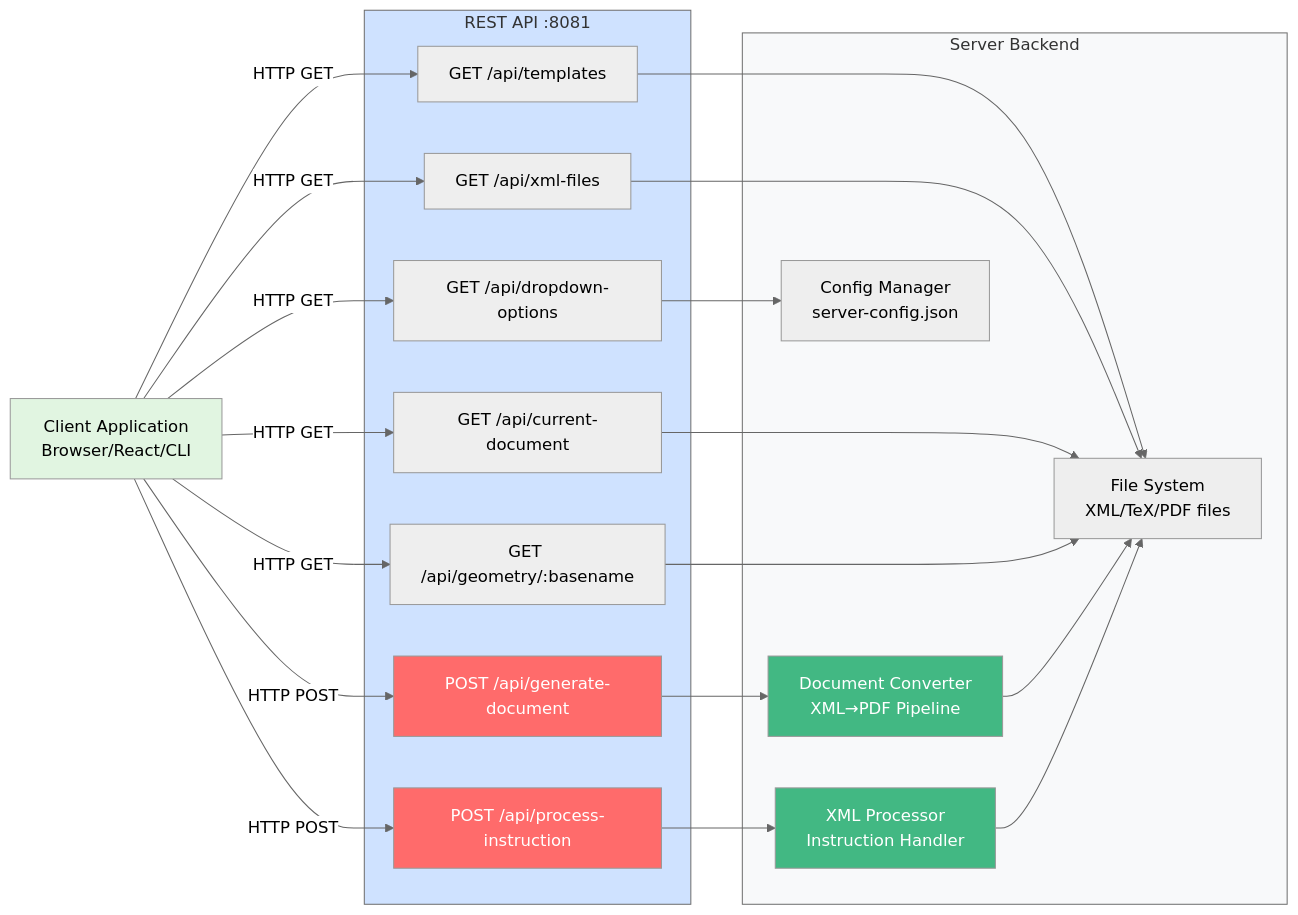
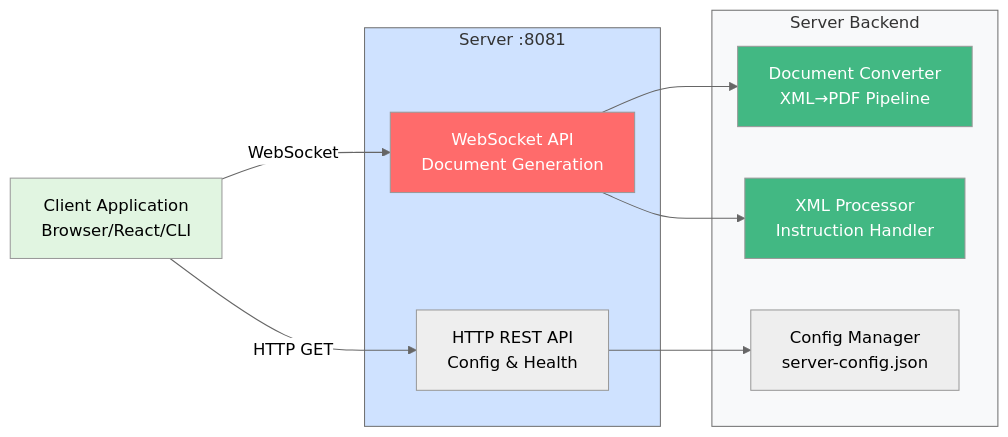
The first of 3 diagrams in dev-docs/api/REST-API.md (AmChella/prototype-pdf-object-overlay), drawn with Mermaid (neutral theme) before and after one commit. The commit also changed other lines of this file and 9 other files, not shown here.

````diff
--- a/dev-docs/api/REST-API.md
+++ b/dev-docs/api/REST-API.md
@@ -20,48 +20,29 @@
 ```mermaid
 graph LR
     Client[Client Application<br/>Browser/React/CLI]
 
-    subgraph API["REST API :8081"]
-        GET1[GET /api/templates]
-        GET2[GET /api/xml-files]
-        POST1[POST /api/generate-document]
-        POST2[POST /api/process-instruction]
-        GET3[GET /api/dropdown-options]
-        GET4[GET /api/current-document]
-        GET5[GET /api/geometry/:basename]
+    subgraph API["Server :8081"]
+        HTTP[HTTP REST API<br/>Config & Health]
+        WS[WebSocket API<br/>Document Generation]
     end
 
     subgraph Backend["Server Backend"]
         DocConverter[Document Converter<br/>XML→PDF Pipeline]
         XMLProc[XML Processor<br/>Instruction Handler]
         ConfigMgr[Config Manager<br/>server-config.json]
-        FileSystem[File System<br/>XML/TeX/PDF files]
     end
 
-    Client -->|HTTP GET| GET1
-    Client -->|HTTP GET| GET2
-    Client -->|HTTP POST| POST1
-    Client -->|HTTP POST| POST2
-    Client -->|HTTP GET| GET3
-    Client -->|HTTP GET| GET4
-    Client -->|HTTP GET| GET5
+    Client -->|HTTP GET| HTTP
+    Client -->|WebSocket| WS
 
-    GET1 --> FileSystem
-    GET2 --> FileSystem
-    POST1 --> DocConverter
-    POST2 --> XMLProc
-    GET3 --> ConfigMgr
-    GET4 --> FileSystem
-    GET5 --> FileSystem
-
-    DocConverter --> FileSystem
-    XMLProc --> FileSystem
+    HTTP --> ConfigMgr
+    WS --> DocConverter
+    WS --> XMLProc
 
     style Client fill:#e1f5e1
     style API fill:#cfe2ff
     style Backend fill:#f8f9fa
-    style POST1 fill:#ff6b6b,color:#fff
-    style POST2 fill:#ff6b6b,color:#fff
+    style WS fill:#ff6b6b,color:#fff
     style DocConverter fill:#42b883,color:#fff
     style XMLProc fill:#42b883,color:#fff
 ```
````
